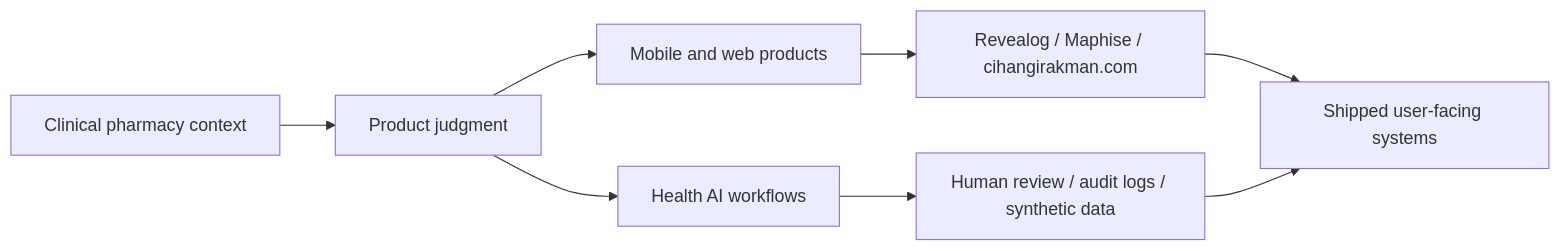
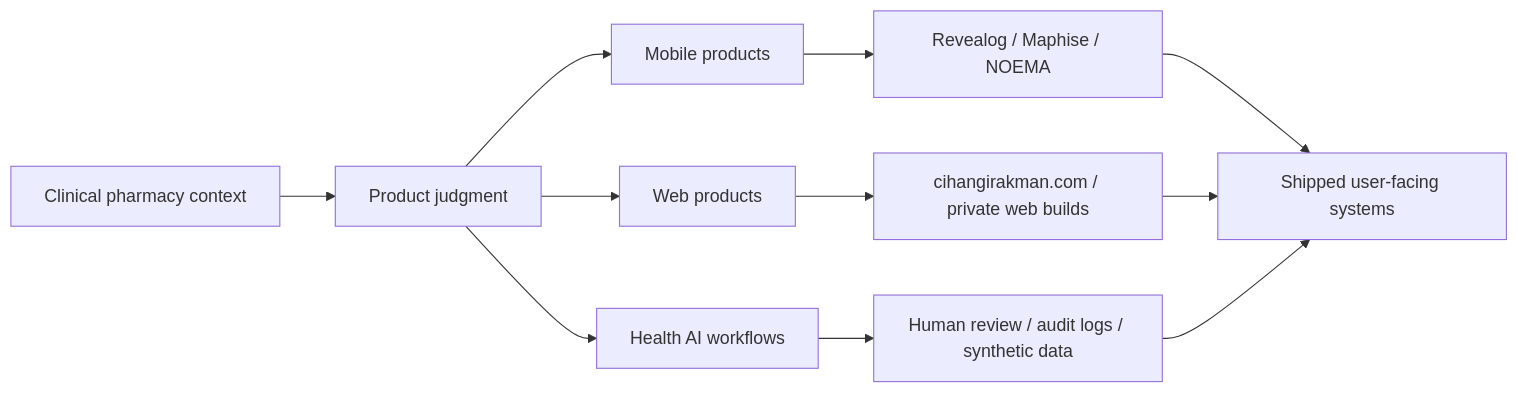
Before and after one commit to Pharmacist65/Pharmacist65: the diagram in README.md, drawn with Mermaid. The commit also changed other lines of this file, not shown here.

Commit message:
Add NOEMA and private web builds to profile

````diff
--- a/README.md
+++ b/README.md
@@ -37,10 +39,13 @@
 ```mermaid
 flowchart LR
   A["Clinical pharmacy context"] --> B["Product judgment"]
-  B --> C["Mobile and web products"]
+  B --> C["Mobile products"]
+  B --> H["Web products"]
   B --> D["Health AI workflows"]
-  C --> E["Revealog / Maphise / cihangirakman.com"]
+  C --> E["Revealog / Maphise / NOEMA"]
+  H --> I["cihangirakman.com / private web builds"]
   D --> F["Human review / audit logs / synthetic data"]
   E --> G["Shipped user-facing systems"]
+  I --> G
   F --> G
 ```
````
